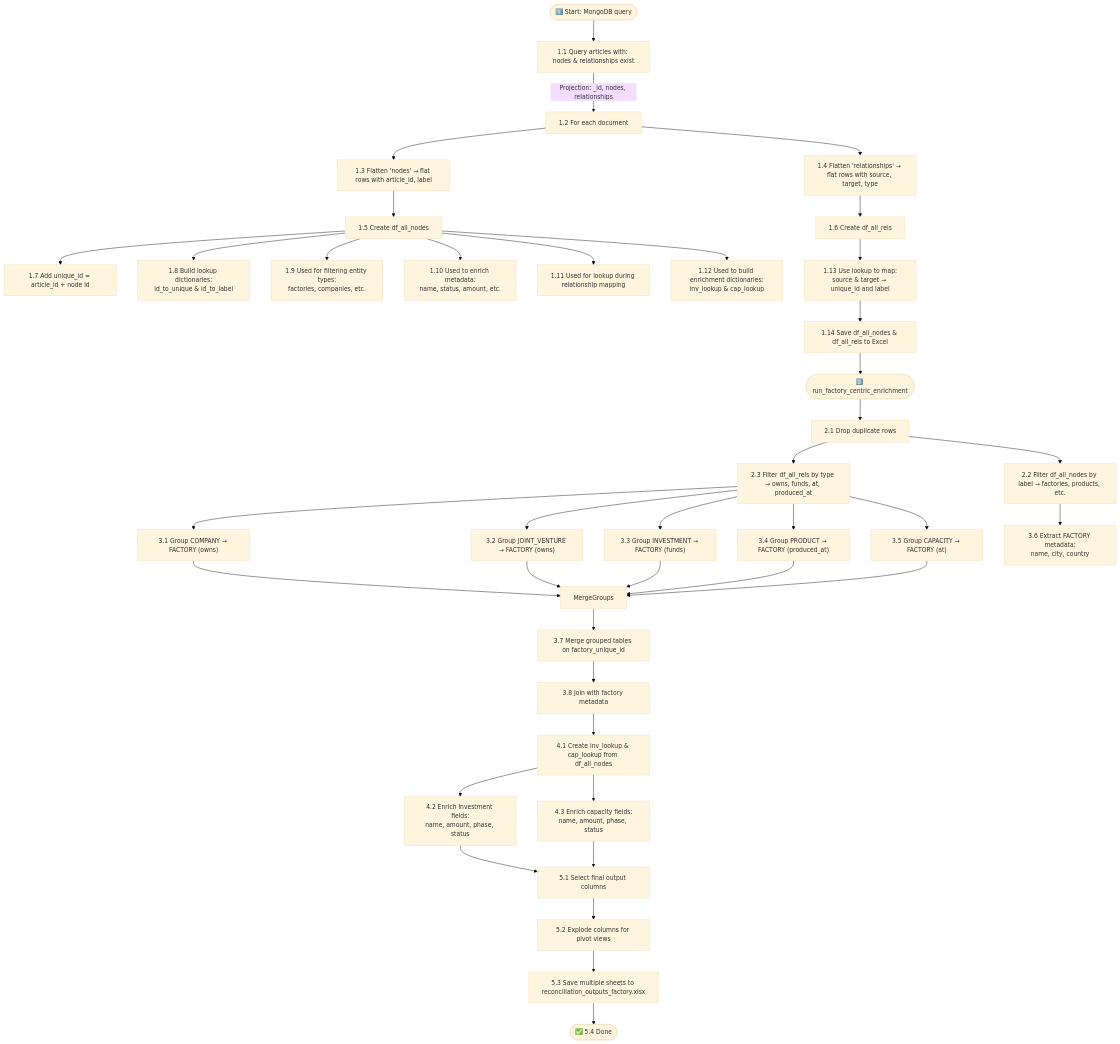
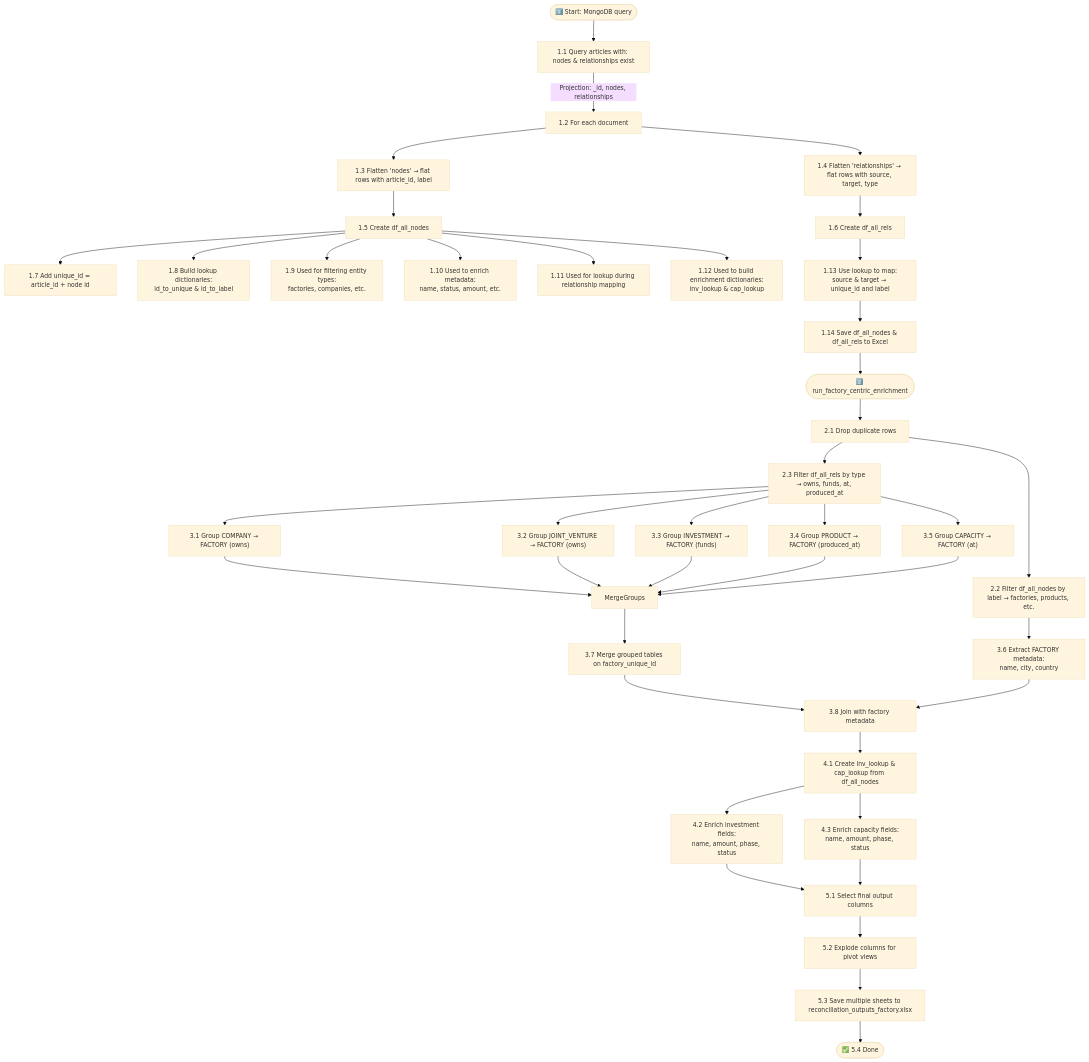
The diagram in reconcile/Readme.md (benmcwilliams/tuone-core), drawn with Mermaid before and after one commit.

````diff
--- a/reconcile/Readme.md
+++ b/reconcile/Readme.md
@@ -17,53 +17,53 @@
 ```mermaid
 %%{init: {'theme': 'base', 'themeVariables': { 'fontSize': '14px' }}}%%
 flowchart TD
 
 %% Section 1: Mongo query and document loop
 Start([1️⃣ Start: MongoDB query]) --> QueryMongo["1.1 Query articles with: nodes & relationships exist"]
 QueryMongo -->|Projection: _id, nodes, relationships| IterateDocs["1.2 For each document"]
 IterateDocs --> FlattenNodes["1.3 Flatten 'nodes' → flat rows with article_id, label"]
 IterateDocs --> FlattenRels["1.4 Flatten 'relationships' → flat rows with source, target, type"]
 FlattenNodes --> DFNodes["1.5 Create df_all_nodes"]
 FlattenRels --> DFRels["1.6 Create df_all_rels"]
 DFNodes --> UniqueID["1.7 Add unique_id = article_id + node id"]
 DFNodes --> IDToLabel["1.8 Build lookup dictionaries:\nid_to_unique & id_to_label"]
 DFNodes --> Role1["1.9 Used for filtering entity types:\nfactories, companies, etc."]
 DFNodes --> Role2["1.10 Used to enrich metadata:\nname, status, amount, etc."]
 DFNodes --> Role3["1.11 Used for lookup during relationship mapping"]
 DFNodes --> Role4["1.12 Used to build enrichment dictionaries:\ninv_lookup & cap_lookup"]
 DFRels --> MapSourceTarget["1.13 Use lookup to map:\nsource & target → unique_id and label"]
 MapSourceTarget --> SaveRawExcel["1.14 Save df_all_nodes & df_all_rels to Excel"]
 
 %% Section 2: Begin enrichment function
 SaveRawExcel --> StartEnrich([2️⃣ run_factory_centric_enrichment])
 StartEnrich --> Deduplicate["2.1 Drop duplicate rows"]
 Deduplicate --> SubsetNodes["2.2 Filter df_all_nodes by label → factories, products, etc."]
 Deduplicate --> SubsetRels["2.3 Filter df_all_rels by type → owns, funds, at, produced_at"]
 
 %% Section 3: Grouping via relationships
 SubsetRels --> GroupOwns["3.1 Group COMPANY → FACTORY (owns)"]
 SubsetRels --> GroupOwnsJV["3.2 Group JOINT_VENTURE → FACTORY (owns)"]
 SubsetRels --> GroupFunds["3.3 Group INVESTMENT → FACTORY (funds)"]
 SubsetRels --> GroupProducts["3.4 Group PRODUCT → FACTORY (produced_at)"]
 SubsetRels --> GroupCapacities["3.5 Group CAPACITY → FACTORY (at)"]
 GroupOwns --> MergeGroups
 GroupOwnsJV --> MergeGroups
 GroupFunds --> MergeGroups
 GroupProducts --> MergeGroups
 GroupCapacities --> MergeGroups
 SubsetNodes --> FactoryMeta["3.6 Extract FACTORY metadata:\nname, city, country"]
 MergeGroups --> MergeFactory["3.7 Merge grouped tables on factory_unique_id"]
 MergeFactory --> MergeMeta["3.8 Join with factory metadata"]
-
+FactoryMeta["3.6 Extract FACTORY metadata:\nname, city, country"] --> MergeMeta["3.8 Join with factory metadata"]
 %% Section 4: Enrichment using dictionaries
 MergeMeta --> BuildLookups["4.1 Create inv_lookup & cap_lookup from df_all_nodes"]
 BuildLookups --> EnrichInvest["4.2 Enrich investment fields:\nname, amount, phase, status"]
 BuildLookups --> EnrichCap["4.3 Enrich capacity fields:\nname, amount, phase, status"]
 
 %% Section 5: Excel export
 EnrichInvest --> SelectCols["5.1 Select final output columns"]
 EnrichCap --> SelectCols
 SelectCols --> PivotViews["5.2 Explode columns for pivot views"]
 PivotViews --> SaveExcel["5.3 Save multiple sheets to reconciliation_outputs_factory.xlsx"]
 SaveExcel --> End([✅ 5.4 Done])
 ```
````
